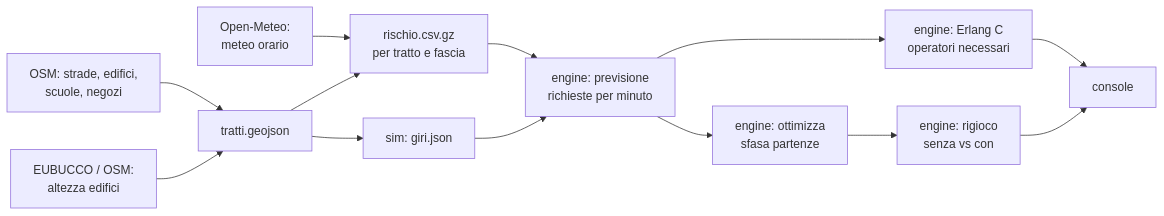
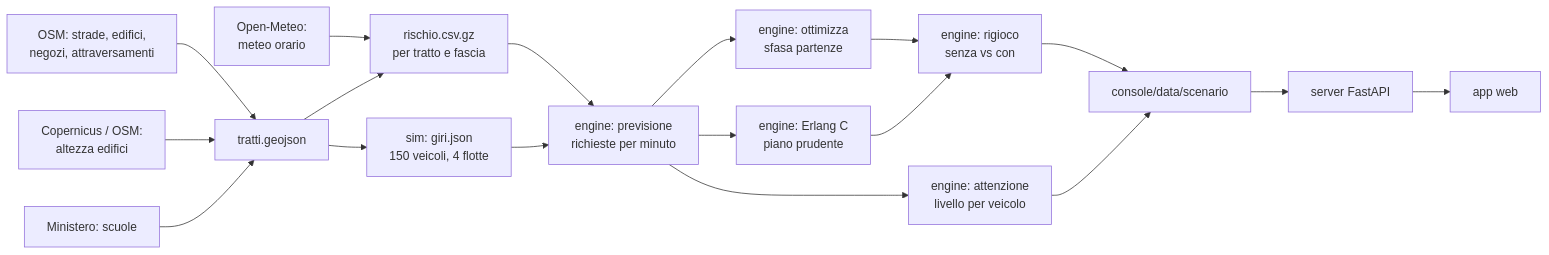
The diagram in docs/architettura.md (oliversartorettoverna/attentiongrid), drawn with Mermaid before and after one commit. The commit also changed other lines of this file and 4 other files, not shown here.

````diff
--- a/docs/architettura.md
+++ b/docs/architettura.md
@@ -5,15 +5,20 @@
 ```mermaid
 flowchart LR
-  A[OSM: strade, edifici,<br/>scuole, negozi] --> T[tratti.geojson]
-  B[EUBUCCO / OSM:<br/>altezza edifici] --> T
+  A[OSM: strade, edifici,<br/>negozi, attraversamenti] --> T[tratti.geojson]
+  B[Copernicus / OSM:<br/>altezza edifici] --> T
+  K[Ministero: scuole] --> T
   M[Open-Meteo:<br/>meteo orario] --> R
   T --> R[rischio.csv.gz<br/>per tratto e fascia]
-  T --> S[sim: giri.json]
+  T --> S[sim: giri.json<br/>150 veicoli, 4 flotte]
   R --> P[engine: previsione<br/>richieste per minuto]
   S --> P
-  P --> E[engine: Erlang C<br/>operatori necessari]
   P --> O[engine: ottimizza<br/>sfasa partenze]
+  P --> E[engine: Erlang C<br/>piano prudente]
   O --> G[engine: rigioco<br/>senza vs con]
-  E --> C[console]
-  G --> C
+  E --> G
+  P --> N[engine: attenzione<br/>livello per veicolo]
+  G --> D[console/data/scenario]
+  N --> D
+  D --> V[server FastAPI]
+  V --> W[app web]
 ```
````
